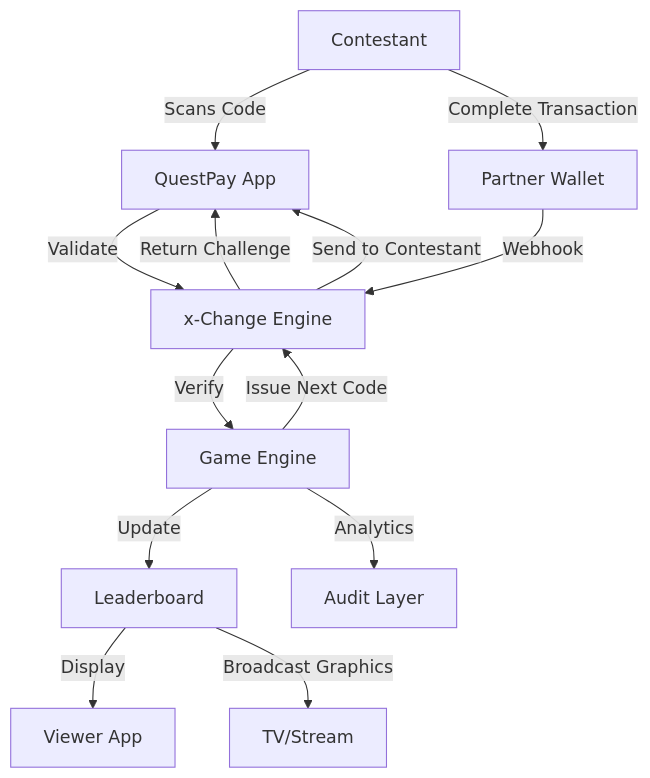
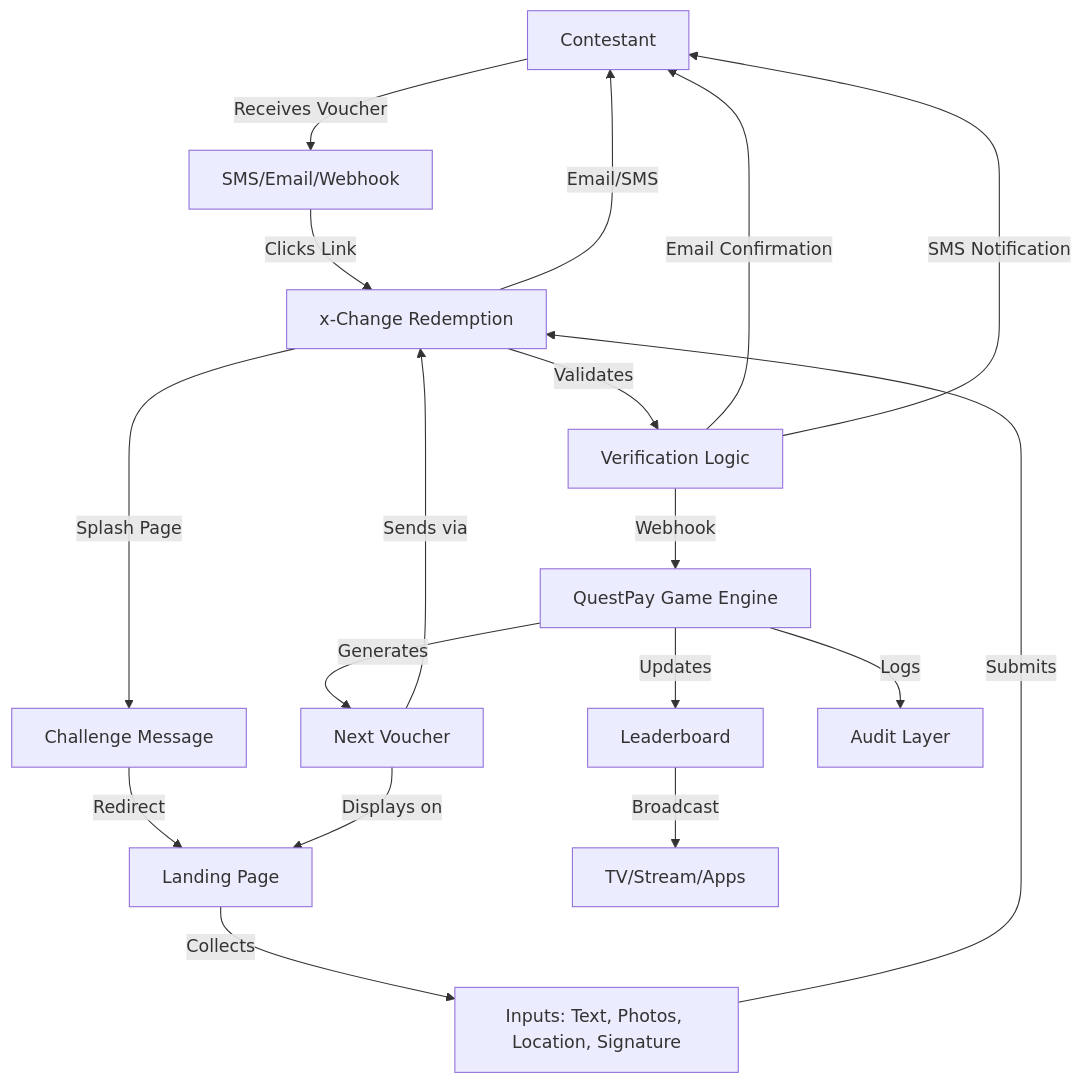
One commit to 3neti/questpay-docs changed the diagram in docs/technology.md. Above: the diagram before and after it, drawn with Mermaid. The commit also changed other lines of this file and 4 other files, not shown here.

````diff
--- a/docs/technology.md
+++ b/docs/technology.md
@@ -108,15 +119,20 @@
 ```mermaid
 graph TD
-    A[Contestant] -->|Scans Code| B[QuestPay App]
-    B -->|Validate| C[x-Change Engine]
-    C -->|Return Challenge| B
-    A -->|Complete Transaction| D[Partner Wallet]
-    D -->|Webhook| C
-    C -->|Verify| E[Game Engine]
-    E -->|Update| F[Leaderboard]
-    E -->|Issue Next Code| C
-    C -->|Send to Contestant| B
-    F -->|Display| G[Viewer App]
-    F -->|Broadcast Graphics| H[TV/Stream]
-    E -->|Analytics| I[Audit Layer]
+    A[Contestant] -->|Receives Voucher| B[SMS/Email/Webhook]
+    B -->|Clicks Link| C[x-Change Redemption]
+    C -->|Splash Page| D[Challenge Message]
+    D -->|Redirect| E[Landing Page]
+    E -->|Collects| F[Inputs: Text, Photos, Location, Signature]
+    F -->|Submits| C
+    C -->|Validates| G[Verification Logic]
+    G -->|Email Confirmation| A
+    G -->|SMS Notification| A
+    G -->|Webhook| H[QuestPay Game Engine]
+    H -->|Updates| I[Leaderboard]
+    H -->|Generates| J[Next Voucher]
+    J -->|Displays on| E
+    J -->|Sends via| C
+    C -->|Email/SMS| A
+    I -->|Broadcast| K[TV/Stream/Apps]
+    H -->|Logs| L[Audit Layer]
 ```
````
